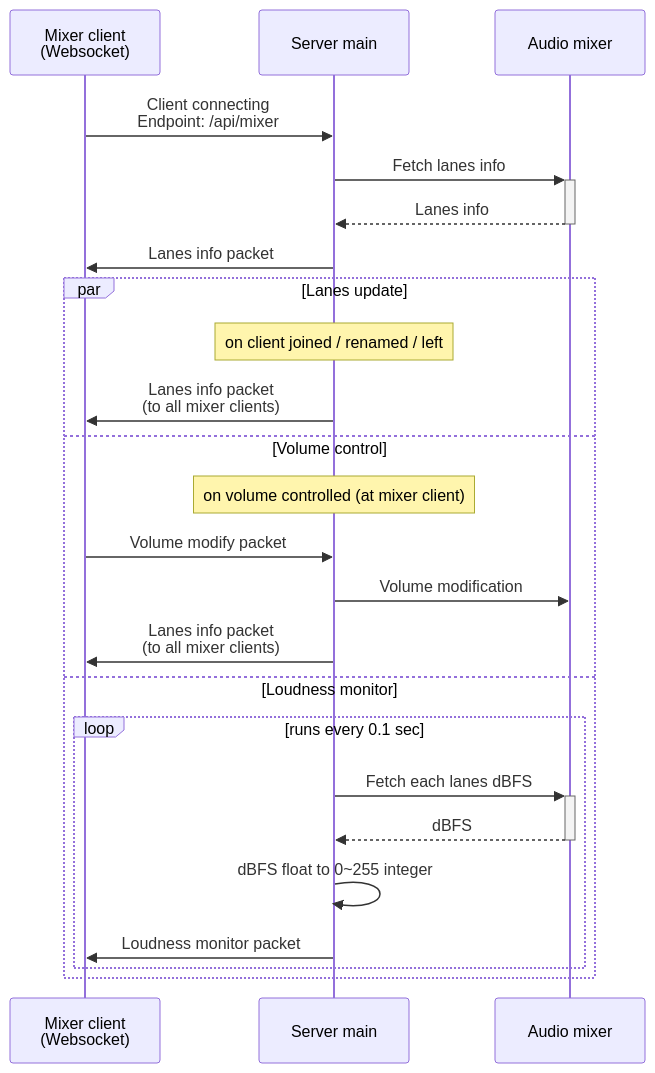
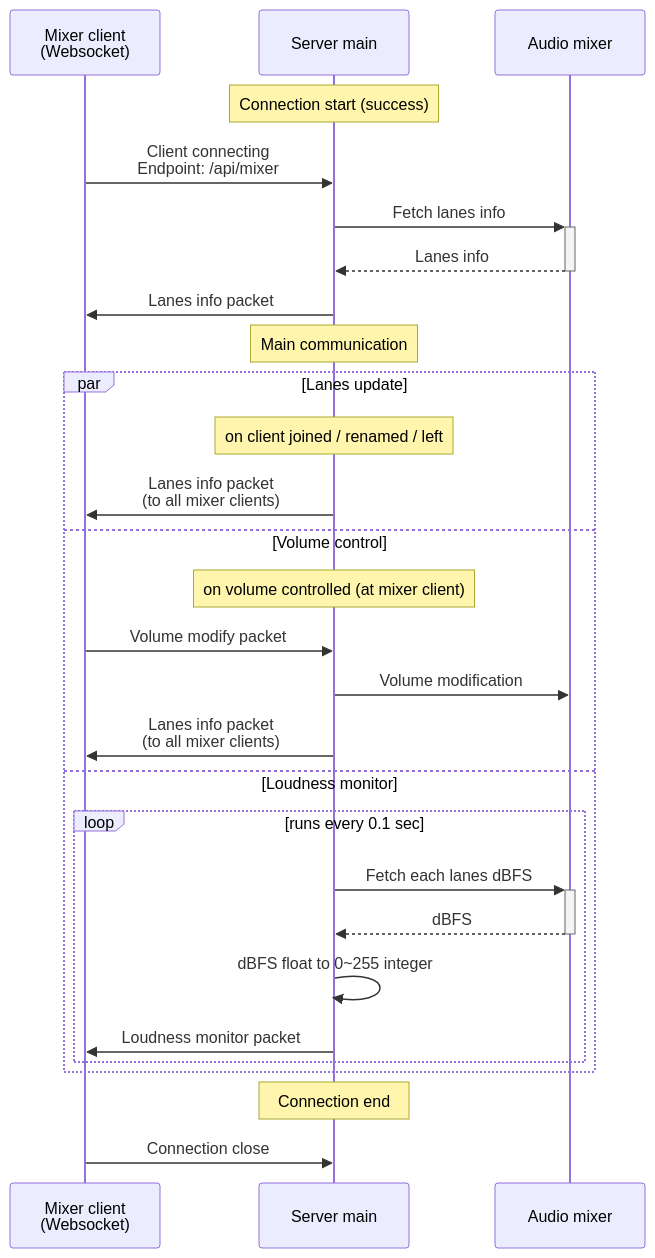
The second of 2 diagrams in designs/server-sequence.md (aKuad/web-intercom), drawn with Mermaid before and after one commit. The commit also changed other lines of this file, not shown here.

Commit message:
Mod: Connection phase note added

````diff
--- a/designs/server-sequence.md
+++ b/designs/server-sequence.md
@@ -24,28 +30,33 @@
 ```mermaid
 sequenceDiagram
   participant WSM as Mixer client<br>(Websocket)
   participant S as Server main
   participant AM as Audio mixer
 
+  Note over S: Connection start (success)
   WSM->>S: Client connecting<br>Endpoint: /api/mixer
   S->>+AM: Fetch lanes info
   AM-->>-S: Lanes info
   S->>WSM: Lanes info packet
 
+  Note over S: Main communication
   par Lanes update
     Note over S: on client joined / renamed / left
     S->>WSM: Lanes info packet<br>(to all mixer clients)
   and Volume control
     Note over S: on volume controlled (at mixer client)
     WSM->>S: Volume modify packet
     S->>AM: Volume modification
     S->>WSM: Lanes info packet<br>(to all mixer clients)
   and Loudness monitor
     loop runs every 0.1 sec
       S->>+AM: Fetch each lanes dBFS
       AM-->>-S: dBFS
       S->>S: dBFS float to 0~255 integer
       S->>WSM: Loudness monitor packet
     end
   end
+
+  Note over S: Connection end
+  WSM->>S: Connection close
 ```
````
